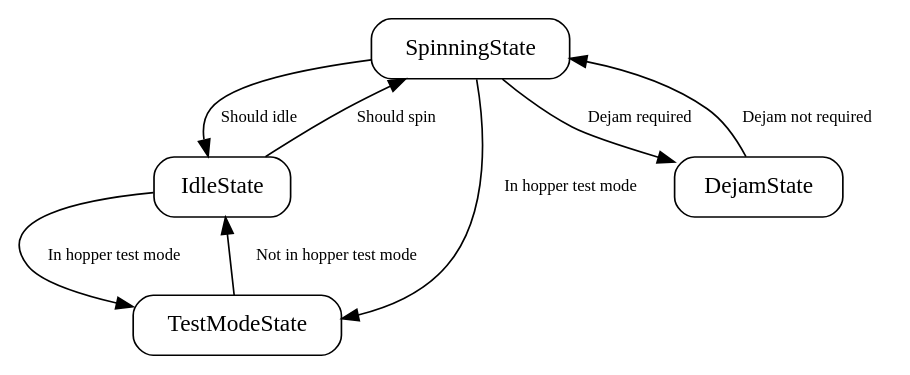
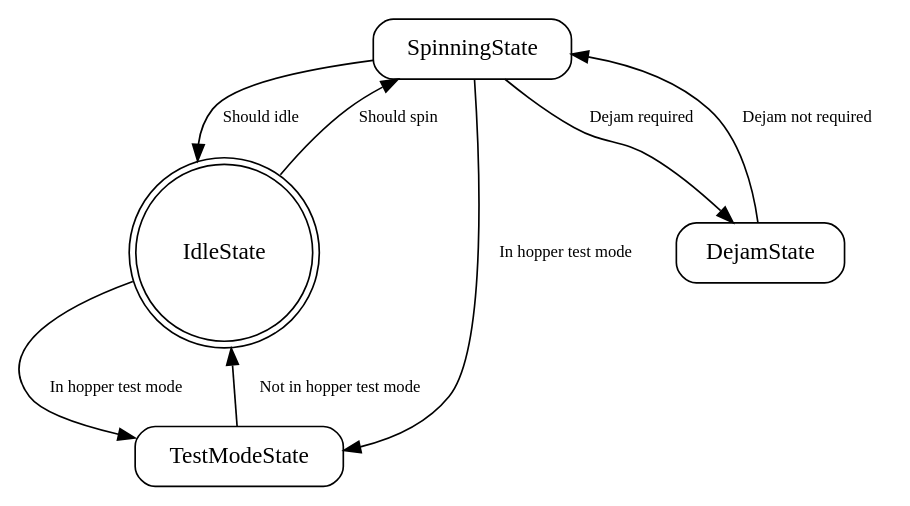
The diagram in state_machine_graphs/hopper.dot (team401/2026-Robot-Code), drawn with Graphviz before and after one commit. The commit also changed 6 other files, not shown here.

Commit message:
(#80) regenerate state machine graphs

```diff
--- a/state_machine_graphs/hopper.dot
+++ b/state_machine_graphs/hopper.dot
@@ -1,35 +1,35 @@
 digraph {
 
   // Graphviz Format settings
 
   node [
     shape=box,
     style=rounded
   ];
 
   edge [
     fontsize=10
   ];
 
 
   // States
 
   SpinningState ;
-  IdleState ;
+  IdleState [shape=doublecircle];
   TestModeState ;
   DejamState ;
 
   // Transitions
 
   SpinningState -> IdleState [label="Should idle"];
   SpinningState -> TestModeState [label="In hopper test mode"];
   SpinningState -> DejamState [label="Dejam required"];
 
   IdleState -> SpinningState [label="Should spin"];
   IdleState -> TestModeState [label="In hopper test mode"];
 
   TestModeState -> IdleState [label="Not in hopper test mode"];
 
   DejamState -> SpinningState [label="Dejam not required"];
 
 }
```
